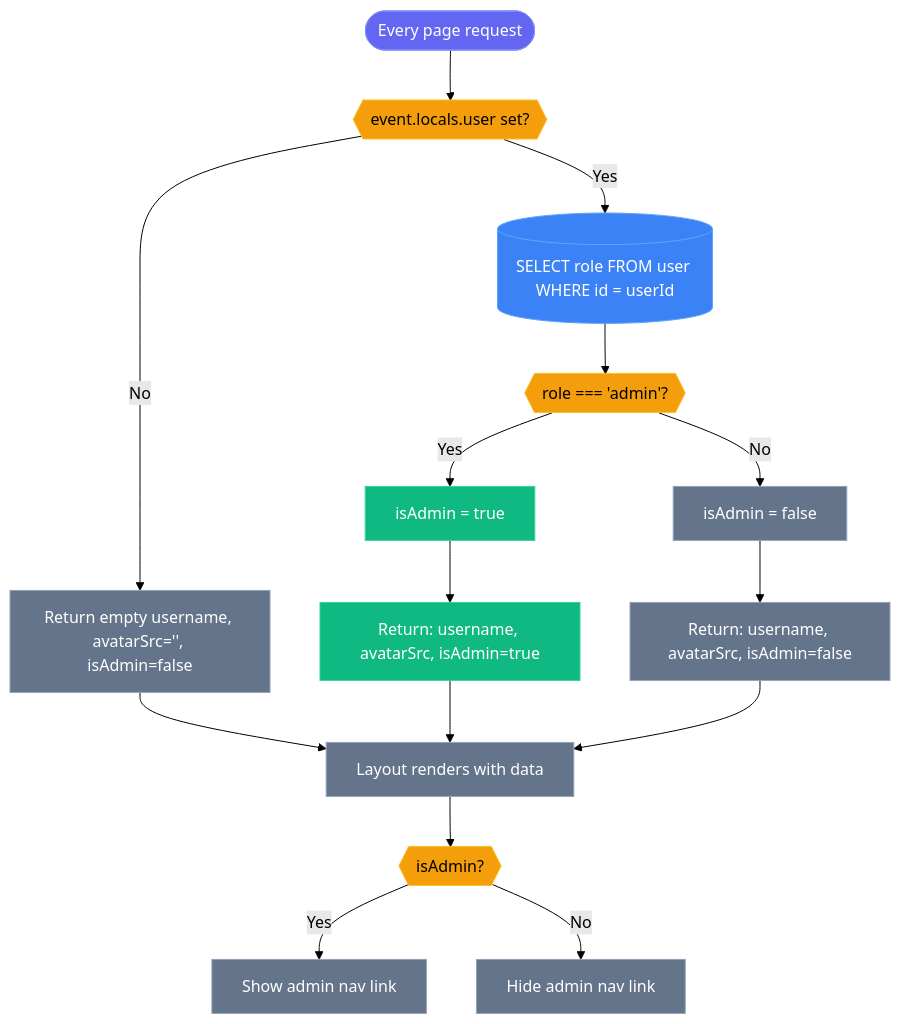
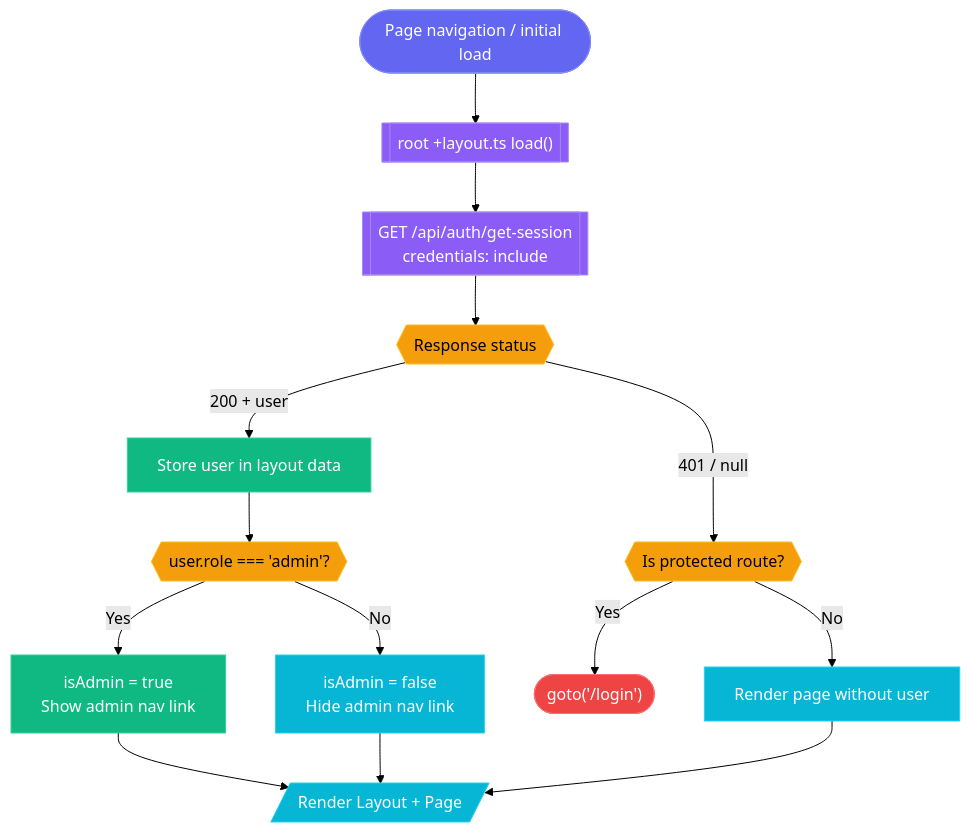
Before and after one commit to Epsilondelta-ai/SHOT: the diagram in flows/layout-auth-data-load.flow.md, drawn with Mermaid (forest theme). The commit also changed other lines of this file and 6 other files, not shown here.

First line of the commit message:
플로우 문서 업데이트 - SPA 전환 반영 및 백엔드 플로우 추가

````diff
--- a/flows/layout-auth-data-load.flow.md
+++ b/flows/layout-auth-data-load.flow.md
@@ -9,29 +9,30 @@
 ```mermaid
 flowchart TD
-    A(["Every page request"]) --> B{{"event.locals.user set?"}}
-    B -->|No| C["Return empty username, avatarSrc='', isAdmin=false"]
-    B -->|Yes| D[("SELECT role FROM user WHERE id = userId")]
-    D --> E{{"role === 'admin'?"}}
-    E -->|Yes| F["isAdmin = true"]
-    E -->|No| G["isAdmin = false"]
-    F --> H["Return: username, avatarSrc, isAdmin=true"]
-    G --> I["Return: username, avatarSrc, isAdmin=false"]
-    C --> J["Layout renders with data"]
-    H --> J
-    I --> J
-    J --> K{{"isAdmin?"}}
-    K -->|Yes| L["Show admin nav link"]
-    K -->|No| M["Hide admin nav link"]
+    A(["Page navigation / initial load"]) --> B[["root +layout.ts load()"]]
+    B --> C[["GET /api/auth/get-session\n credentials: include"]]
+    C --> D{{"Response status"}}
+    D -->|"200 + user"| E["Store user in layout data"]
+    D -->|"401 / null"| F{{"Is protected route?"}}
+    F -->|Yes| G(["goto('/login')"])
+    F -->|No| H["Render page without user"]
+    E --> I{{"user.role === 'admin'?"}}
+    I -->|Yes| J["isAdmin = true\nShow admin nav link"]
+    I -->|No| K["isAdmin = false\nHide admin nav link"]
+    J --> L[/Render Layout + Page/]
+    K --> L
+    H --> L
 
     classDef entry fill:#6366f1,stroke:#818cf8,color:#fff
     classDef validation fill:#f59e0b,stroke:#fbbf24,color:#000
     classDef success fill:#10b981,stroke:#34d399,color:#fff
-    classDef data fill:#3b82f6,stroke:#60a5fa,color:#fff
-    classDef processing fill:#64748b,stroke:#94a3b8,color:#fff
+    classDef error fill:#ef4444,stroke:#f87171,color:#fff
+    classDef external fill:#8b5cf6,stroke:#a78bfa,color:#fff
+    classDef user fill:#06b6d4,stroke:#22d3ee,color:#fff
 
-    class A entry
-    class B,E,K validation
-    class F,H success
-    class D data
-    class C,G,I,J,L,M processing
+    class A,G entry
+    class D,F,I validation
+    class E,J,L success
+    class G error
+    class B,C external
+    class H,K,L user
 ```
````
